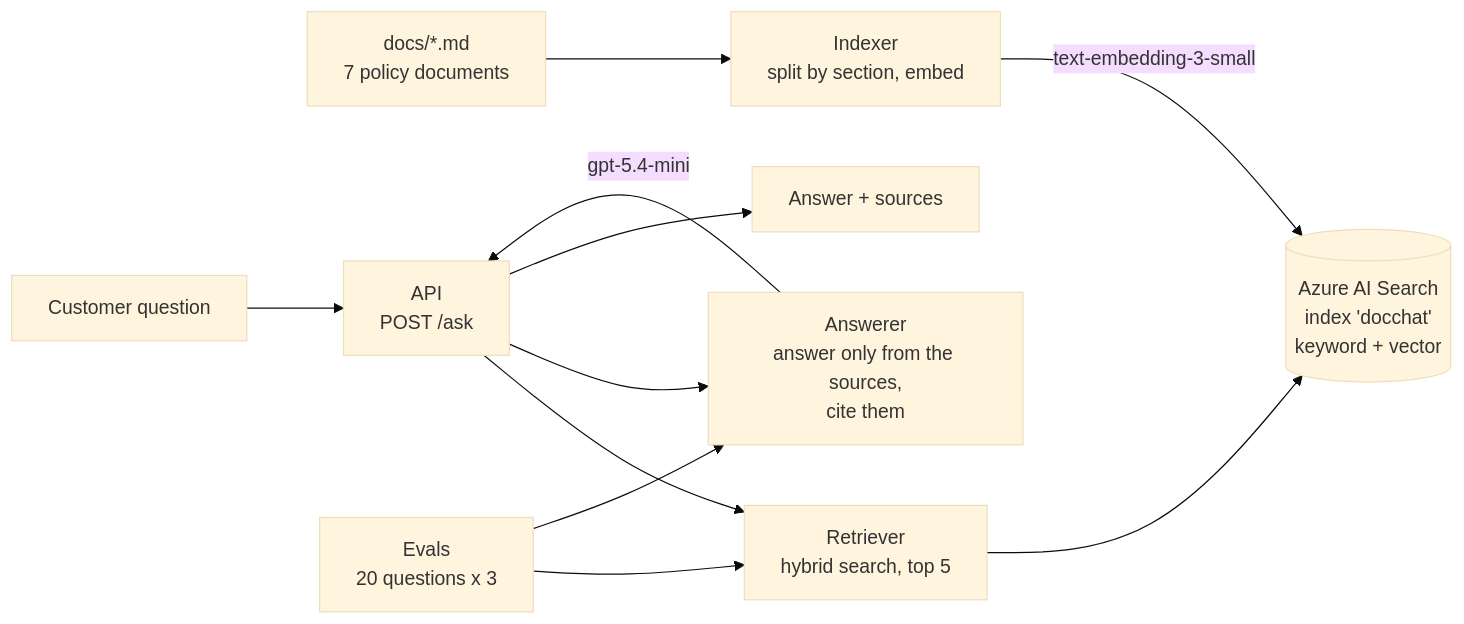
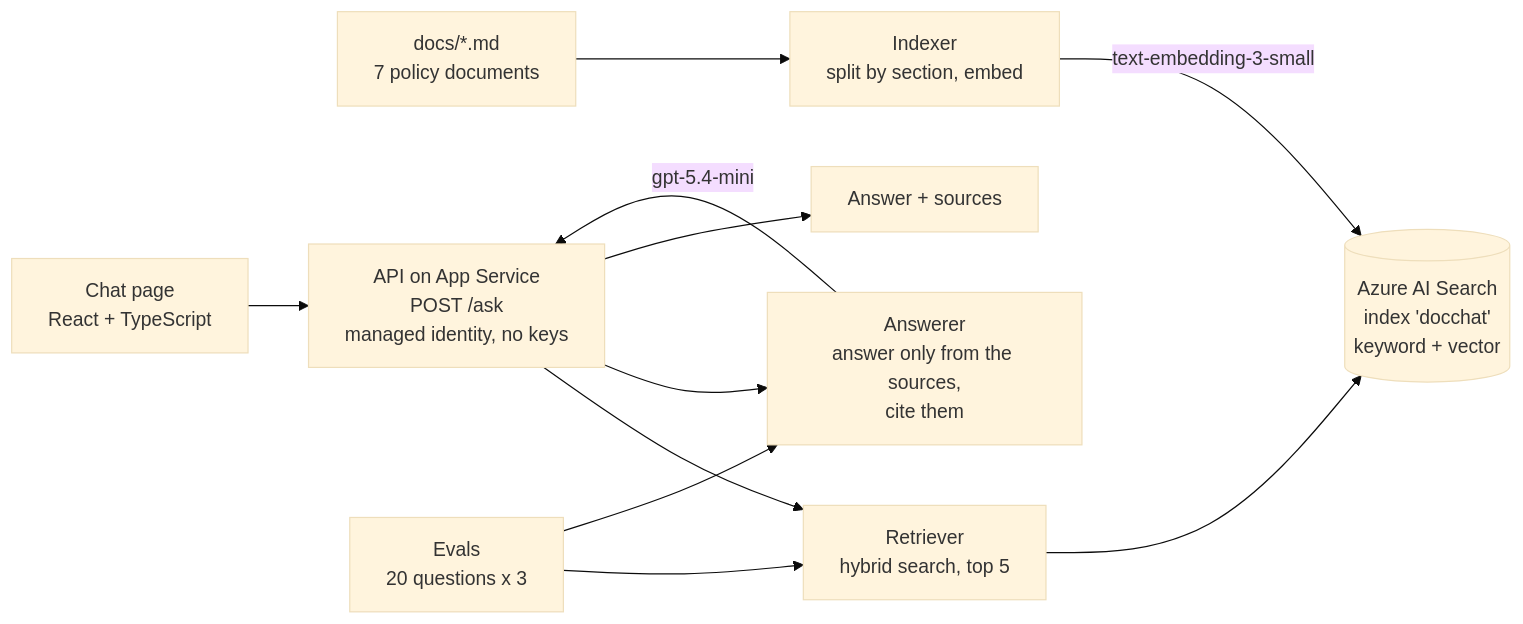
One commit to brk2art/DocChat changed the diagram in README.md. Above: the diagram before and after it, drawn with Mermaid (base theme). The commit also changed other lines of this file and 4 other files, not shown here.

Commit message:
Deploy to Azure App Service with managed identity and a rate limit; README with live demo

````diff
--- a/README.md
+++ b/README.md
@@ -16,13 +19,13 @@
 ```mermaid
 flowchart LR
     D[docs/*.md<br/>7 policy documents] --> I[Indexer<br/>split by section, embed]
     I -- text-embedding-3-small --> S[(Azure AI Search<br/>index 'docchat'<br/>keyword + vector)]
-    U[Customer question] --> A[API<br/>POST /ask]
+    U[Chat page<br/>React + TypeScript] --> A[API on App Service<br/>POST /ask<br/>managed identity, no keys]
     A --> R[Retriever<br/>hybrid search, top 5]
     R --> S
     A --> G[Answerer<br/>answer only from the sources,<br/>cite them]
     G -- gpt-5.4-mini --> A
     A --> O[Answer + sources]
     E[Evals<br/>20 questions x 3] --> R
     E --> G
 ```
````
